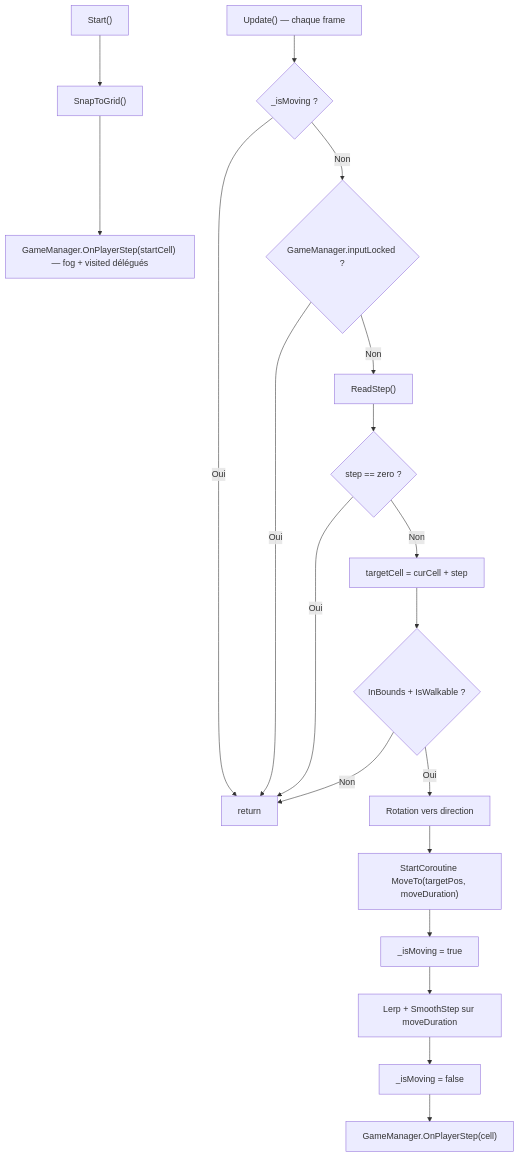
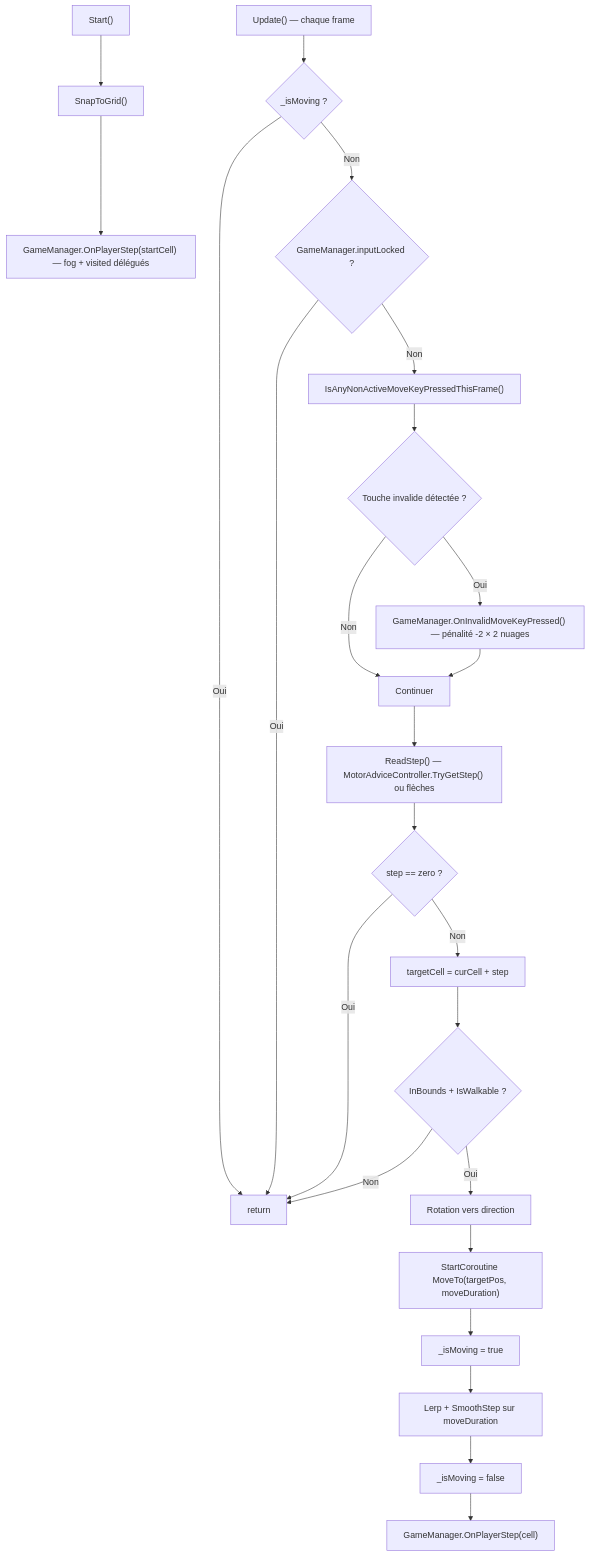
One commit to PierreChagnon/BUGS changed the eighth of 19 diagrams in Docs/TDD.md. Above: the diagram before and after it, drawn with Mermaid. The commit also changed other lines of this file, not shown here.

Commit message:
proximal advice TDD update

````diff
--- a/Docs/TDD.md
+++ b/Docs/TDD.md
@@ -665,23 +711,28 @@
 ```mermaid
 graph TD
     A["Start()"] --> B["SnapToGrid()"]
     B --> C["GameManager.OnPlayerStep(startCell) — fog + visited délégués"]
 
     E["Update() — chaque frame"] --> F{_isMoving ?}
     F -->|Oui| G[return]
     F -->|Non| H{GameManager.inputLocked ?}
     H -->|Oui| G
-    H -->|Non| I["ReadStep()"]
+    H -->|Non| INV["IsAnyNonActiveMoveKeyPressedThisFrame()"]
+    INV --> INV2{Touche invalide détectée ?}
+    INV2 -->|Oui| INV3["GameManager.OnInvalidMoveKeyPressed() — pénalité -2 × 2 nuages"]
+    INV2 -->|Non| CONT[Continuer]
+    INV3 --> CONT
+    CONT --> I["ReadStep() — MotorAdviceController.TryGetStep() ou flèches"]
     I --> J{step == zero ?}
     J -->|Oui| G
     J -->|Non| K["targetCell = curCell + step"]
     K --> L{InBounds + IsWalkable ?}
     L -->|Non| G
     L -->|Oui| M["Rotation vers direction"]
     M --> N["StartCoroutine MoveTo(targetPos, moveDuration)"]
 
     N --> O["_isMoving = true"]
     O --> P["Lerp + SmoothStep sur moveDuration"]
     P --> Q["_isMoving = false"]
     Q --> R["GameManager.OnPlayerStep(cell)"]
 ```
````
